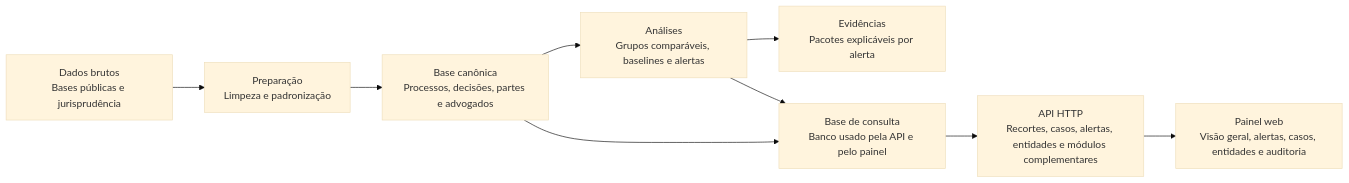
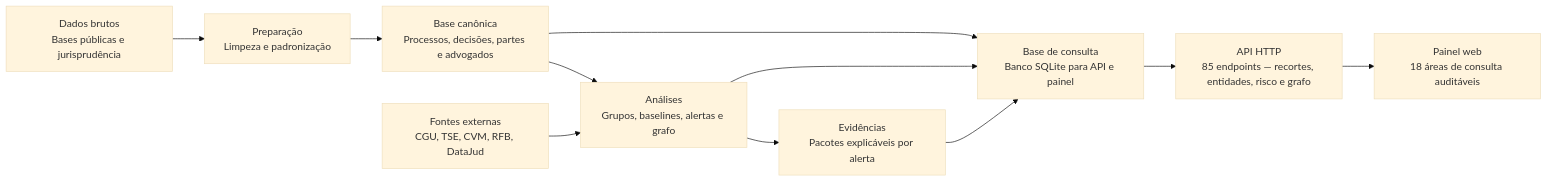
The diagram in README.md (vittoroliveira-dev/atlas-stf), drawn with Mermaid (base theme) before and after one commit. The commit also changed other lines of this file and 172 other files, not shown here.

````diff
--- a/README.md
+++ b/README.md
@@ -129,11 +129,13 @@
 ```mermaid
 flowchart LR
     A[Dados brutos<br/>Bases públicas e jurisprudência] --> B[Preparação<br/>Limpeza e padronização]
     B --> C[Base canônica<br/>Processos, decisões, partes e advogados]
-    C --> D[Análises<br/>Grupos comparáveis, baselines e alertas]
+    X[Fontes externas<br/>CGU, TSE, CVM, RFB, DataJud] --> D
+    C --> D[Análises<br/>Grupos, baselines, alertas e grafo]
     D --> E[Evidências<br/>Pacotes explicáveis por alerta]
-    C --> F[Base de consulta<br/>Banco usado pela API e pelo painel]
+    C --> F[Base de consulta<br/>Banco SQLite para API e painel]
     D --> F
-    F --> G[API HTTP<br/>Recortes, casos, alertas, entidades e módulos complementares]
-    G --> H[Painel web<br/>Visão geral, alertas, casos, entidades e auditoria]
+    E --> F
+    F --> G[API HTTP<br/>85 endpoints — recortes, entidades, risco e grafo]
+    G --> H[Painel web<br/>18 áreas de consulta auditáveis]
 ```
````
